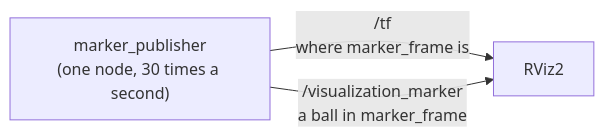
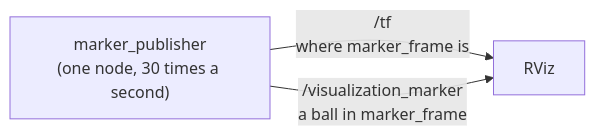
The first of 2 diagrams in docs/overview.md (RobinNagpal/robotics-basics), drawn with Mermaid before and after one commit. The commit also changed other lines of this file and 1 other file, not shown here.

````diff
--- a/docs/overview.md
+++ b/docs/overview.md
@@ -146,6 +157,6 @@
 ```mermaid
 flowchart LR
     N["marker_publisher<br/>(one node, 30 times a second)"]
-    N -->|"/tf<br/>where marker_frame is"| R["RViz2"]
+    N -->|"/tf<br/>where marker_frame is"| R["RViz"]
     N -->|"/visualization_marker<br/>a ball in marker_frame"| R
 ```
````
